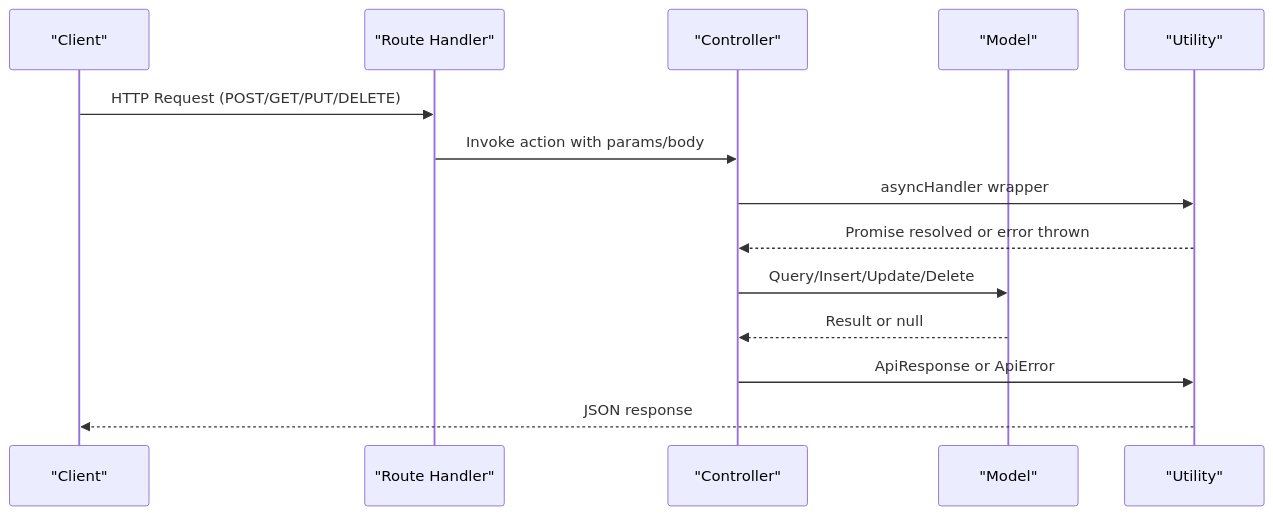
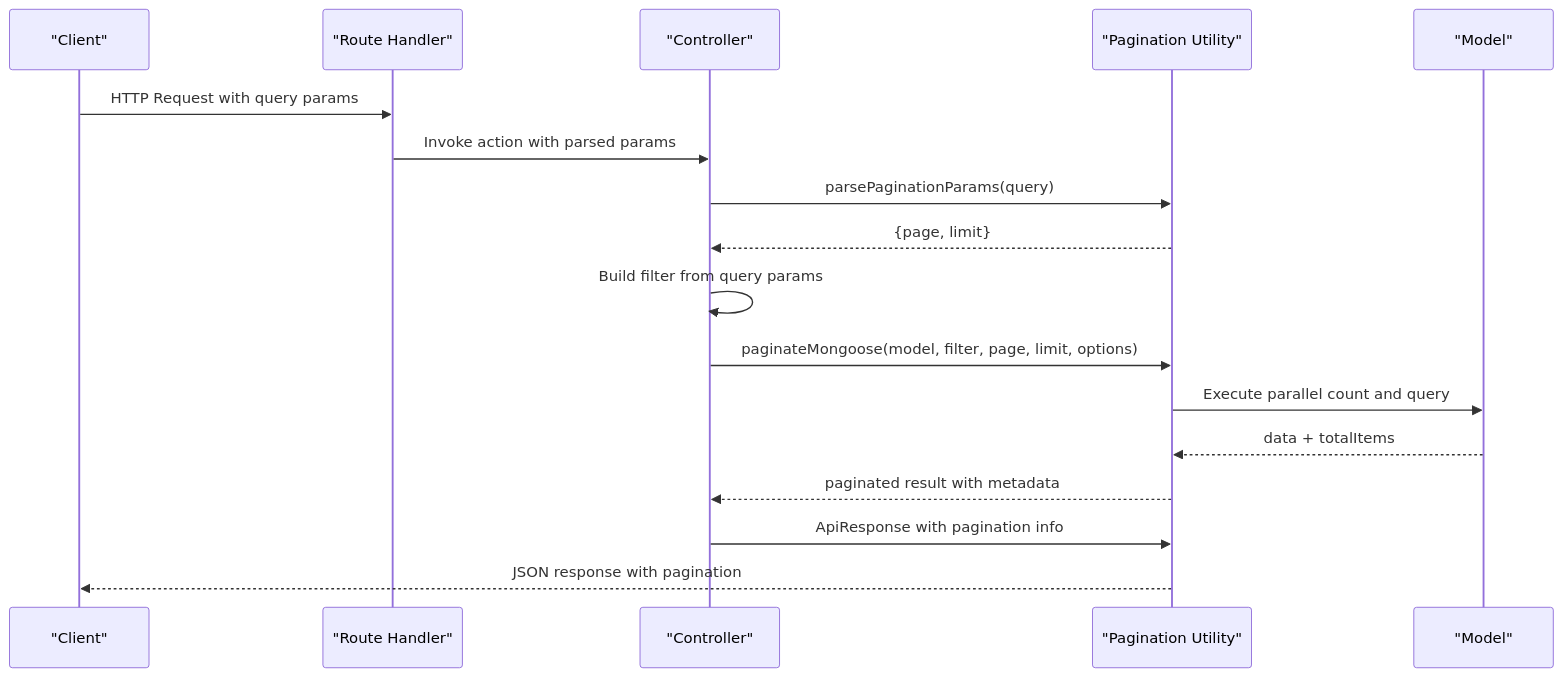
One commit to Aryan9060/Timetable-Project changed the second of 3 diagrams in .qoder/repowiki/en/content/API Reference/Master Data Endpoints/Master Data Endpoints.md. Above: the diagram before and after it, drawn with Mermaid. The commit also changed other lines of this file and 6 other files, not shown here.

First line of the commit message:
feat(master-data): add advanced pagination, search, sorting, and filtering for all entities

````diff
--- a/.qoder/repowiki/en/content/API Reference/Master Data Endpoints/Master Data Endpoints.md
+++ b/.qoder/repowiki/en/content/API Reference/Master Data Endpoints/Master Data Endpoints.md
@@ -197,16 +267,19 @@
 ```mermaid
 sequenceDiagram
 participant Client as "Client"
 participant Router as "Route Handler"
 participant Ctrl as "Controller"
+participant Utils as "Pagination Utility"
 participant Model as "Model"
-participant Util as "Utility"
-Client->>Router : HTTP Request (POST/GET/PUT/DELETE)
-Router->>Ctrl : Invoke action with params/body
-Ctrl->>Util : asyncHandler wrapper
-Util-->>Ctrl : Promise resolved or error thrown
-Ctrl->>Model : Query/Insert/Update/Delete
-Model-->>Ctrl : Result or null
-Ctrl->>Util : ApiResponse or ApiError
-Util-->>Client : JSON response
+Client->>Router : HTTP Request with query params
+Router->>Ctrl : Invoke action with parsed params
+Ctrl->>Utils : parsePaginationParams(query)
+Utils-->>Ctrl : {page, limit}
+Ctrl->>Ctrl : Build filter from query params
+Ctrl->>Utils : paginateMongoose(model, filter, page, limit, options)
+Utils->>Model : Execute parallel count and query
+Model-->>Utils : data + totalItems
+Utils-->>Ctrl : paginated result with metadata
+Ctrl->>Utils : ApiResponse with pagination info
+Utils-->>Client : JSON response with pagination
 ```
````
